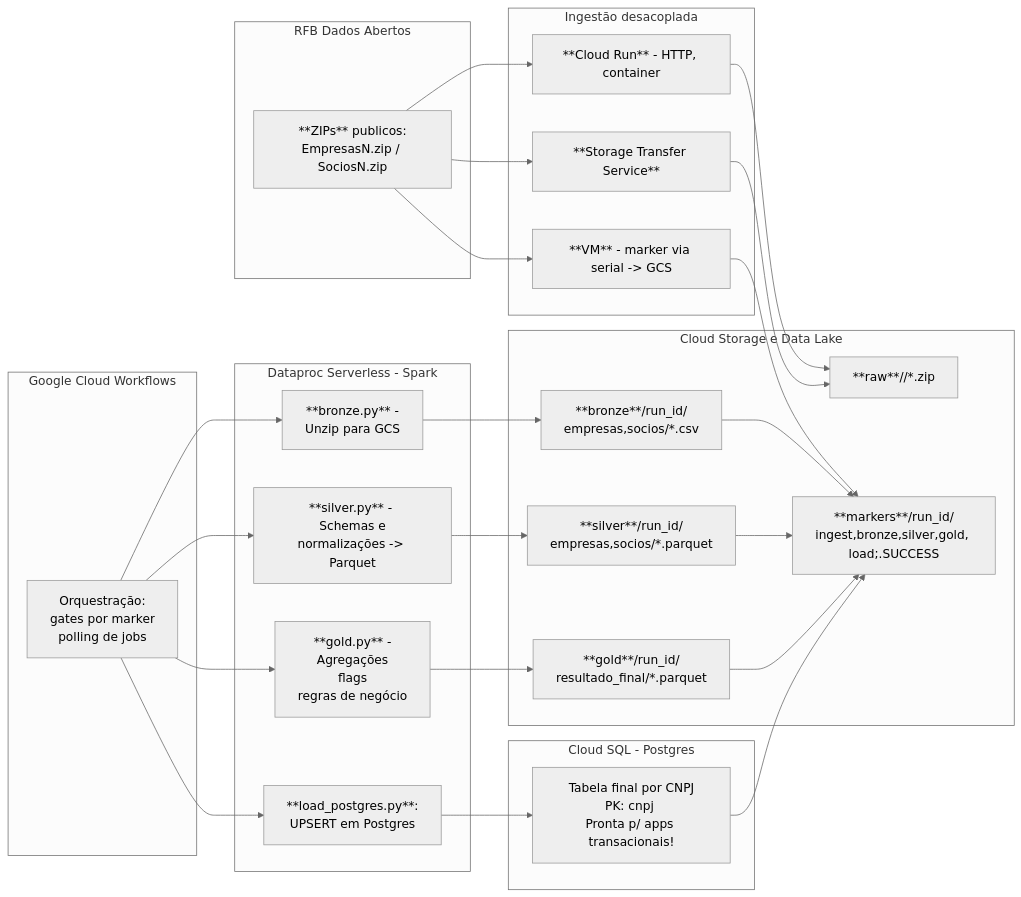
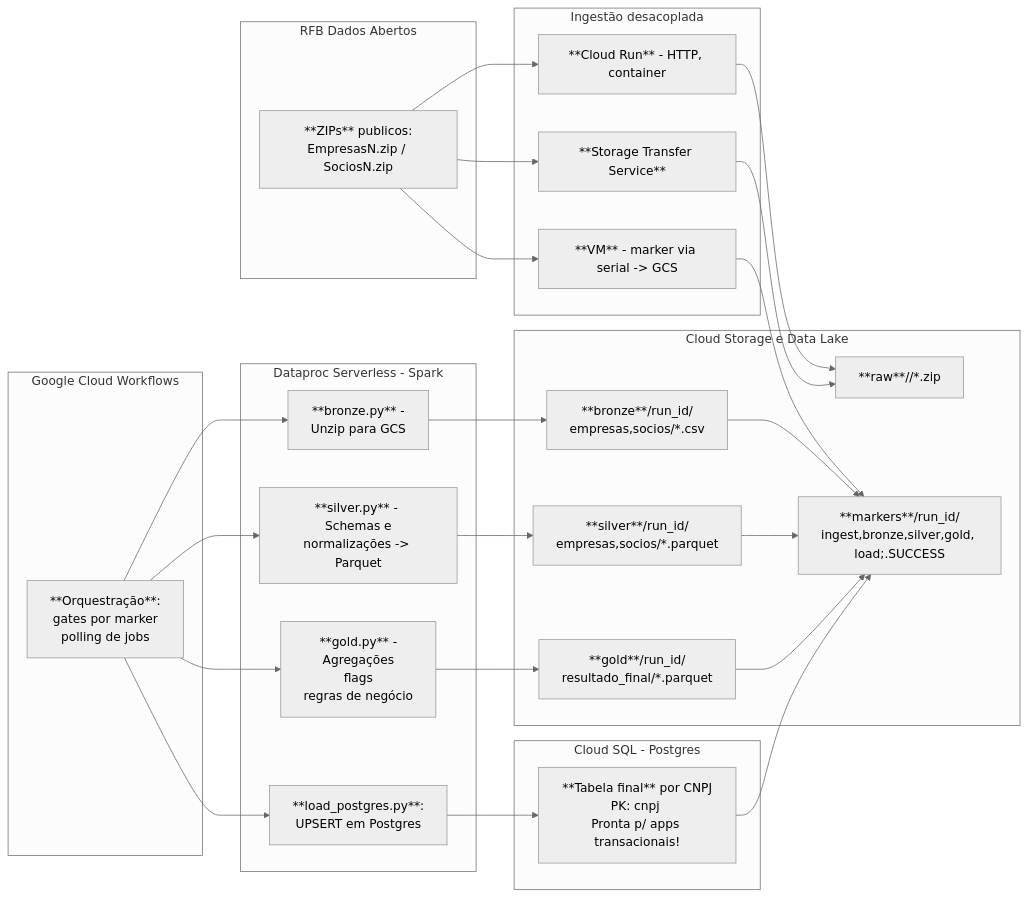
Before and after one commit to jaquerando/case_stone: the diagram in README.md, drawn with Mermaid (neutral theme).

````diff
--- a/README.md
+++ b/README.md
@@ -48,54 +48,54 @@
 ```mermaid
 flowchart LR
 
   %% === SOURCES ===
   subgraph SRC["RFB Dados Abertos"]
     s1["**ZIPs** publicos:<br/>EmpresasN.zip / SociosN.zip"]
   end
 
   %% === INGEST ===
   subgraph ING["Ingestão desacoplada"]
     A["**Cloud Run** - HTTP, container"]
     B["**Storage Transfer Service**"]
     C["**VM** - marker via serial -> GCS"]
   end
 
   %% === STORAGE ===
   subgraph GCS["Cloud Storage e Data Lake"]
     raw["**raw**/<run_id>/*.zip"]
     brz["**bronze**/run_id/<br/>empresas,socios/*.csv"]
     slv["**silver**/run_id/<br/>empresas,socios/*.parquet"]
     gld["**gold**/run_id/<br/>resultado_final/*.parquet"]
     mrk["**markers**/run_id/<br/>ingest,bronze,silver,gold, <br/>load;.SUCCESS"]
   end
 
   %% === WORKFLOWS ===
   subgraph WF["Google Cloud Workflows"]
-    wf1["Orquestração: <br/>gates por marker <br/> polling de jobs"]
+    wf1["**Orquestração**: <br/>gates por marker <br/> polling de jobs"]
   end
 
   %% === SPARK ===
   subgraph DP["Dataproc Serverless - Spark"]
     p1["**bronze.py** - <br/>Unzip para GCS"]
     p2["**silver.py** - <br/>Schemas e<br/>normalizações -> Parquet"]
     p3["**gold.py** - <br/>Agregações<br/>flags<br/>regras de negócio"]
     p4["**load_postgres.py**: <br/>UPSERT em Postgres"]
   end
 
   %% === DB ===
   subgraph SQL["Cloud SQL - Postgres "]
-    tbl["Tabela final por CNPJ<br/>PK: cnpj <br/>Pronta p/ apps transacionais!"]
+    tbl["**Tabela final** por CNPJ<br/>PK: cnpj <br/>Pronta p/ apps transacionais!"]
   end
 
   %% === FLOWS ===
   s1 --> A & B & C
 
   A --> raw
   B --> raw
   C --> mrk
 
   wf1 --> p1 --> brz --> mrk
   wf1 --> p2 --> slv --> mrk
   wf1 --> p3 --> gld --> mrk
   wf1 --> p4 --> tbl --> mrk
 ```
````
